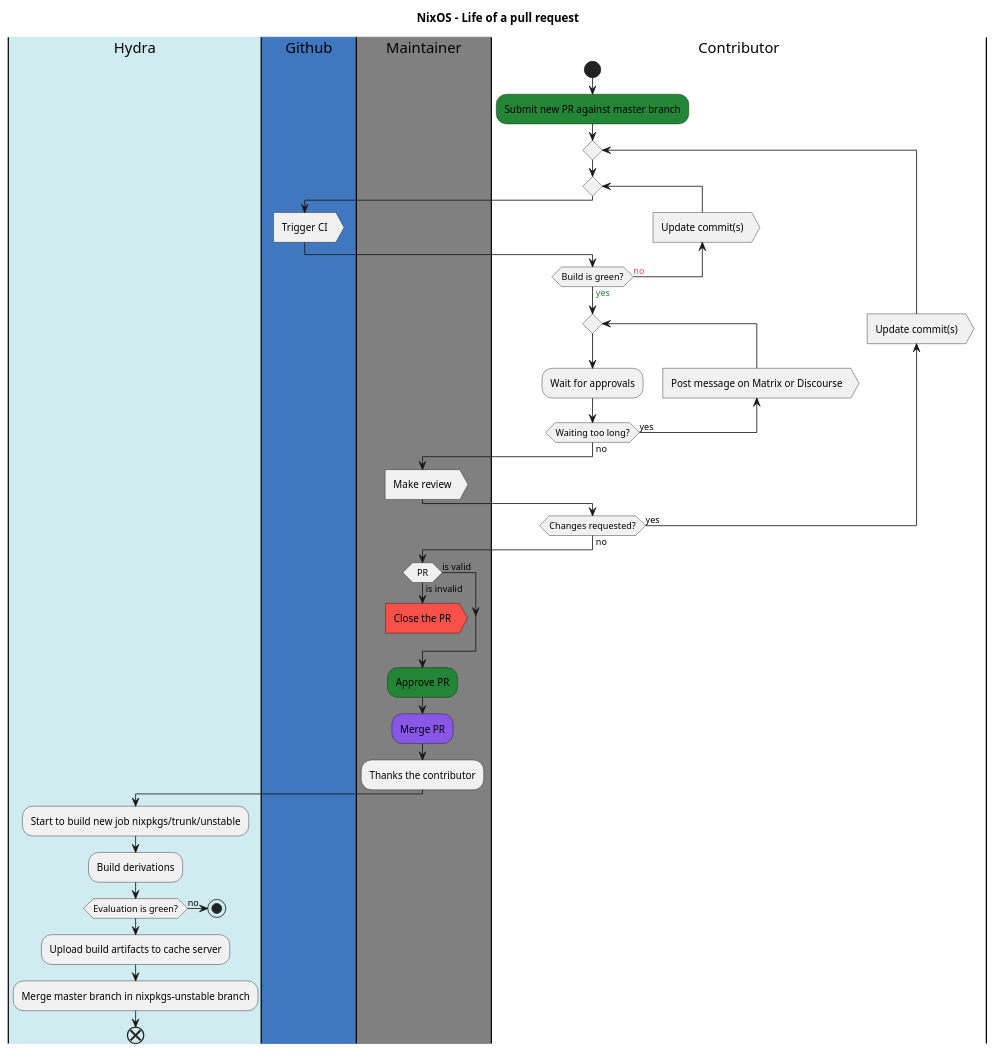
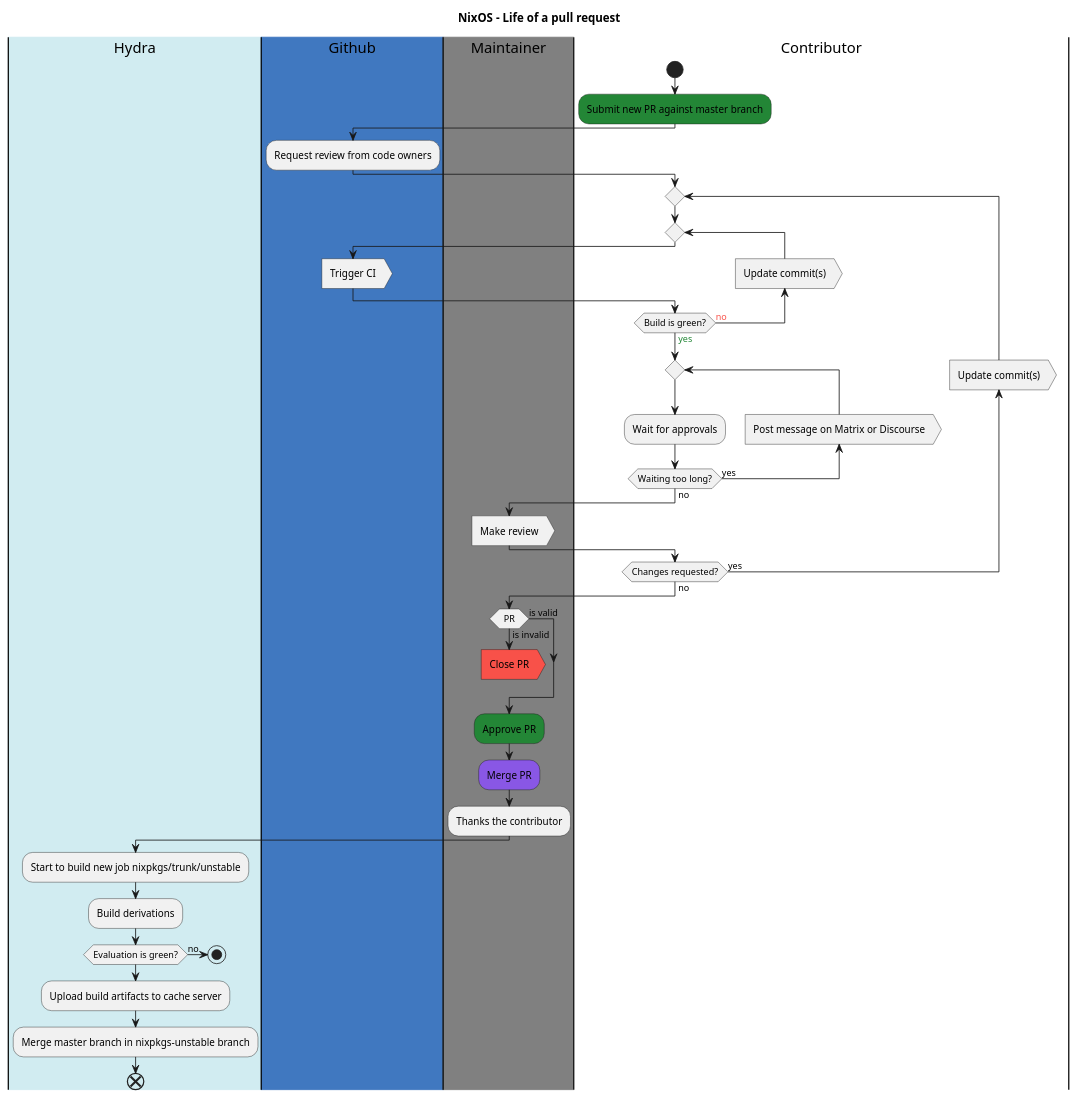
The diagram in src/life-of-a-pr.plantuml (drupol/nixos-processes), drawn with PlantUML before and after one commit.

Commit message:
Update `Life of a PR`.
* Add step.

```diff
--- a/src/life-of-a-pr.plantuml
+++ b/src/life-of-a-pr.plantuml
@@ -1,54 +1,58 @@
 @startuml Nixos - Life of a pull request
 
 title NixOS - Life of a pull request
 
 |#d1ecf1|Hydra|
 |#4078c0|Github|
 |#grey|Maintainer|
 |#white|Contributor|
 
 |Contributor|
 start
   #238636:Submit new PR against master branch;
 
+  |Github|
+  :Request review from code owners;
+
+  |Contributor|
   repeat
     repeat
       backward :Update commit(s)>
       |Github|
       :Trigger CI>
       |Contributor|
     repeat while (Build is green?) is (<color:#f85149>no) not (<color:#238636>yes)
 
     repeat
     :Wait for approvals;
     backward :Post message on Matrix or Discourse>
     repeat while (Waiting too long?) is (yes) not (no)
     |Maintainer|
     :Make review>
     |Contributor|
     backward :Update commit(s)>
   repeat while (Changes requested?) is (yes) not (no)
   |Maintainer|
   if (PR) is (is invalid) then
-    #f85149:Close the PR>
+    #f85149:Close PR>
     kill
   else (is valid)
   endif
   #238636:Approve PR;
 
   |Maintainer|
   #8957e5:Merge PR;
   :Thanks the contributor;
 
   |Hydra|
   :Start to build new job nixpkgs/trunk/unstable;
   :Build derivations;
 
   if (Evaluation is green?) is (no) then
   stop
   endif
 
   :Upload build artifacts to cache server;
   :Merge master branch in nixpkgs-unstable branch;
 end
 @enduml
```
